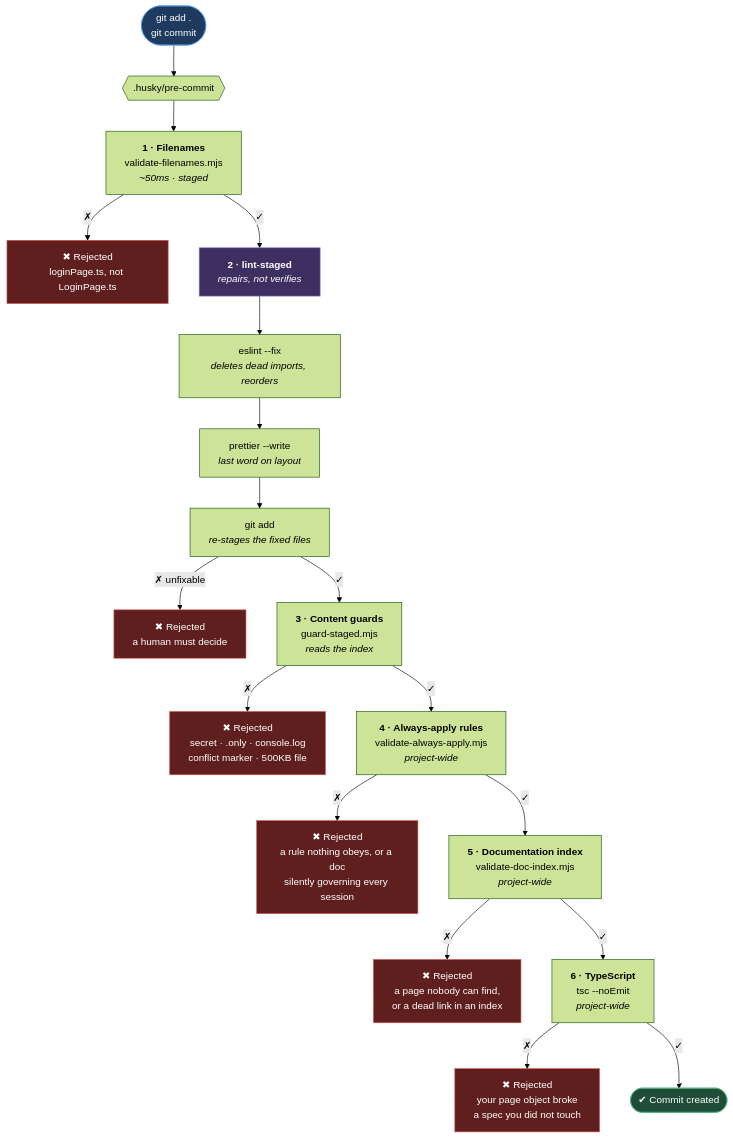
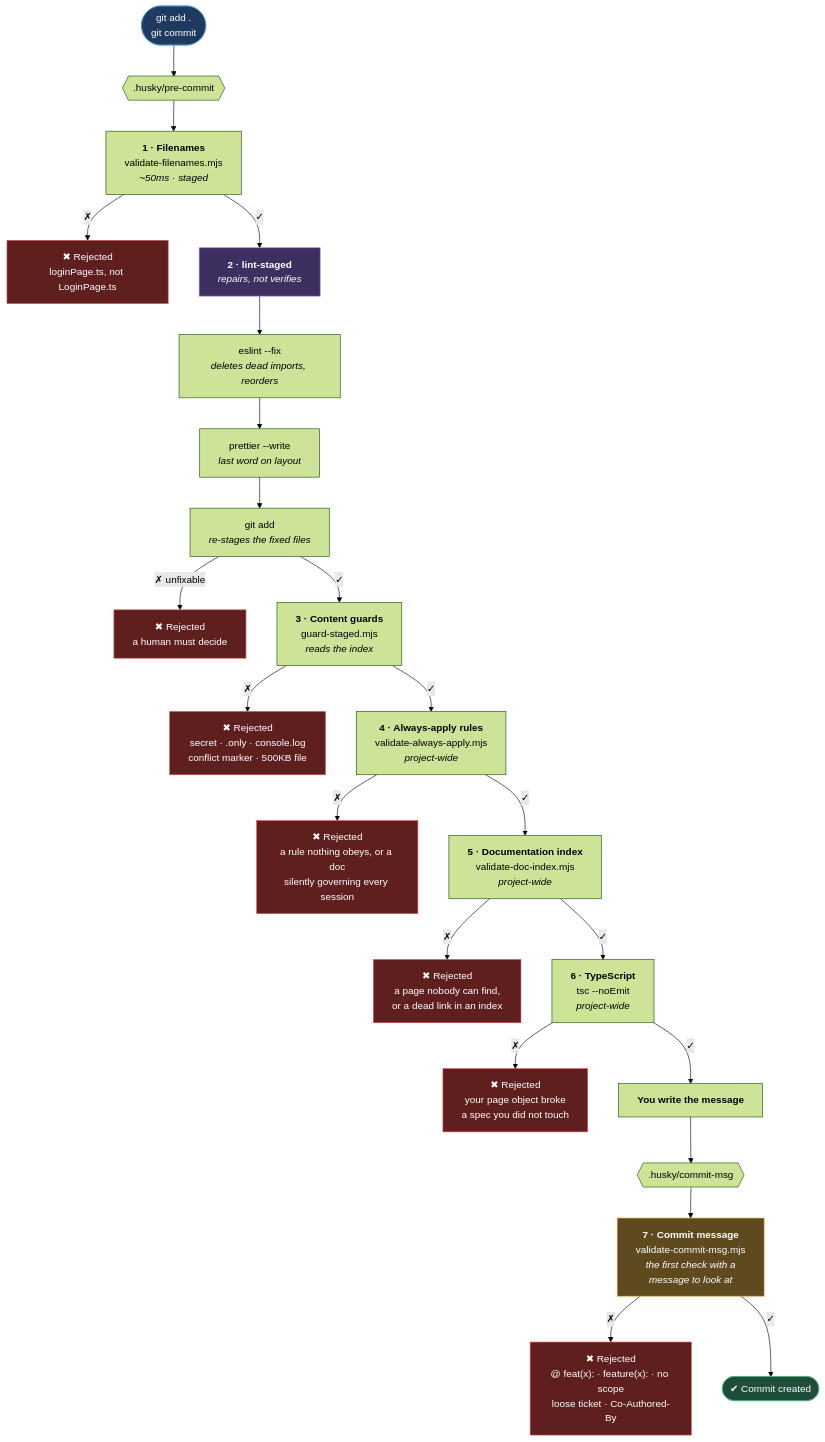
One commit to sinugotshifhiwa4/playwright-ts-automation-framework-codebase changed the second of 6 diagrams in docs/01-config/QUALITY_ARCHITECTURE.md. Above: the diagram before and after it, drawn with Mermaid (forest theme). The commit also changed other lines of this file and 6 other files, not shown here.

First line of the commit message:
feat(quality): gate the commit message

````diff
--- a/docs/01-config/QUALITY_ARCHITECTURE.md
+++ b/docs/01-config/QUALITY_ARCHITECTURE.md
@@ -107,41 +112,48 @@
 ```mermaid
 flowchart TD
     START(["git add .<br/>git commit"]) --> H{{".husky/pre-commit"}}
 
     H --> S1["<b>1 · Filenames</b><br/>validate-filenames.mjs<br/><i>~50ms · staged</i>"]
     S1 -->|✗| FAIL1["✖ Rejected<br/>loginPage.ts, not LoginPage.ts"]
     S1 -->|✓| S2
 
     S2["<b>2 · lint-staged</b><br/><i>repairs, not verifies</i>"]
     S2 --> R1["eslint --fix<br/><i>deletes dead imports, reorders</i>"]
     R1 --> R2["prettier --write<br/><i>last word on layout</i>"]
     R2 --> R3["git add<br/><i>re-stages the fixed files</i>"]
     R3 -->|✗ unfixable| FAIL2["✖ Rejected<br/>a human must decide"]
     R3 -->|✓| S3
 
     S3["<b>3 · Content guards</b><br/>guard-staged.mjs<br/><i>reads the index</i>"]
     S3 -->|✗| FAIL3["✖ Rejected<br/>secret · .only · console.log<br/>conflict marker · 500KB file"]
     S3 -->|✓| S4
 
     S4["<b>4 · Always-apply rules</b><br/>validate-always-apply.mjs<br/><i>project-wide</i>"]
     S4 -->|✗| FAIL4["✖ Rejected<br/>a rule nothing obeys, or a doc<br/>silently governing every session"]
     S4 -->|✓| S5
 
     S5["<b>5 · Documentation index</b><br/>validate-doc-index.mjs<br/><i>project-wide</i>"]
     S5 -->|✗| FAIL5["✖ Rejected<br/>a page nobody can find,<br/>or a dead link in an index"]
     S5 -->|✓| S6
 
     S6["<b>6 · TypeScript</b><br/>tsc --noEmit<br/><i>project-wide</i>"]
     S6 -->|✗| FAIL6["✖ Rejected<br/>your page object broke<br/>a spec you did not touch"]
-    S6 -->|✓| OK(["✔ Commit created"])
+    S6 -->|✓| MSG["<b>You write the message</b>"]
+
+    MSG --> CM{{".husky/commit-msg"}}
+    CM --> S7["<b>7 · Commit message</b><br/>validate-commit-msg.mjs<br/><i>the first check with a<br/>message to look at</i>"]
+    S7 -->|✗| FAIL7["✖ Rejected<br/>@ feat(x): · feature(x): · no scope<br/>loose ticket · Co-Authored-By"]
+    S7 -->|✓| OK(["✔ Commit created"])
 
     style START fill:#1e3a5f,stroke:#4a90d9,color:#fff
     style OK fill:#1f4d3a,stroke:#4caf7d,color:#fff
     style FAIL1 fill:#5f1f1f,stroke:#d9534f,color:#fff
     style FAIL2 fill:#5f1f1f,stroke:#d9534f,color:#fff
     style FAIL3 fill:#5f1f1f,stroke:#d9534f,color:#fff
     style FAIL4 fill:#5f1f1f,stroke:#d9534f,color:#fff
     style FAIL5 fill:#5f1f1f,stroke:#d9534f,color:#fff
     style FAIL6 fill:#5f1f1f,stroke:#d9534f,color:#fff
+    style FAIL7 fill:#5f1f1f,stroke:#d9534f,color:#fff
     style S2 fill:#3d2f5f,stroke:#9b7fd4,color:#fff
+    style S7 fill:#5f4a1f,stroke:#d9a441,color:#fff
 ```
````
